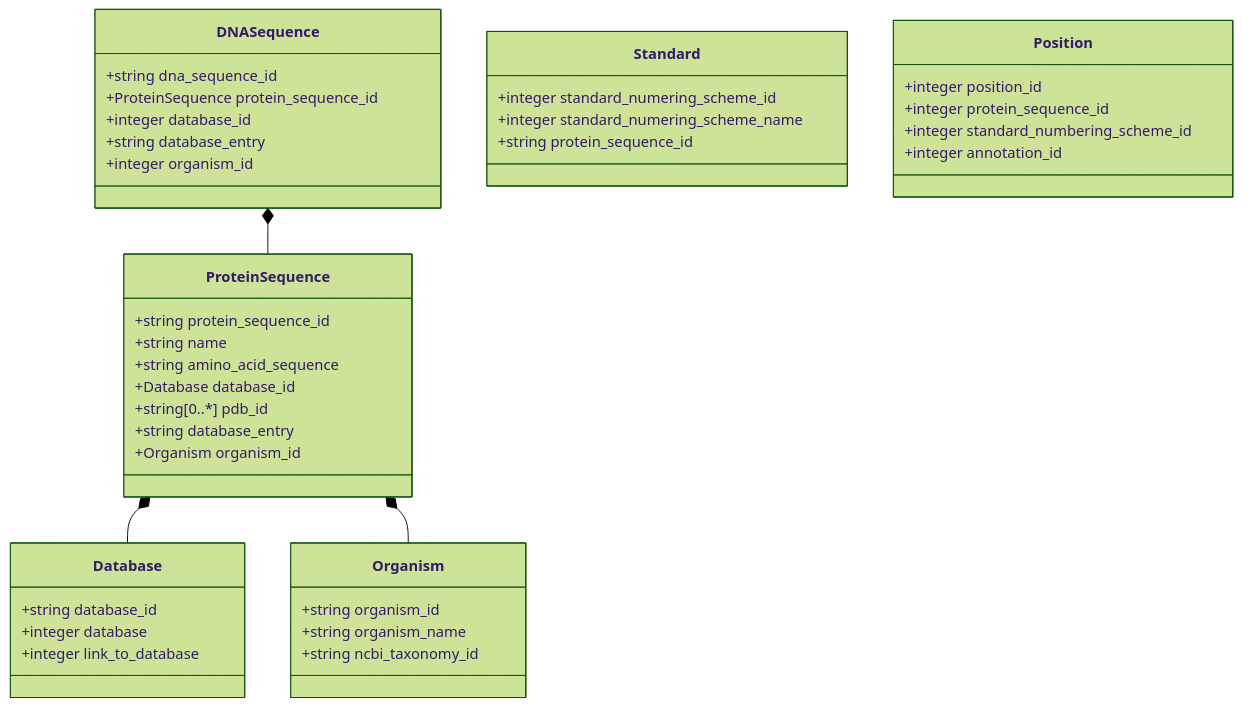
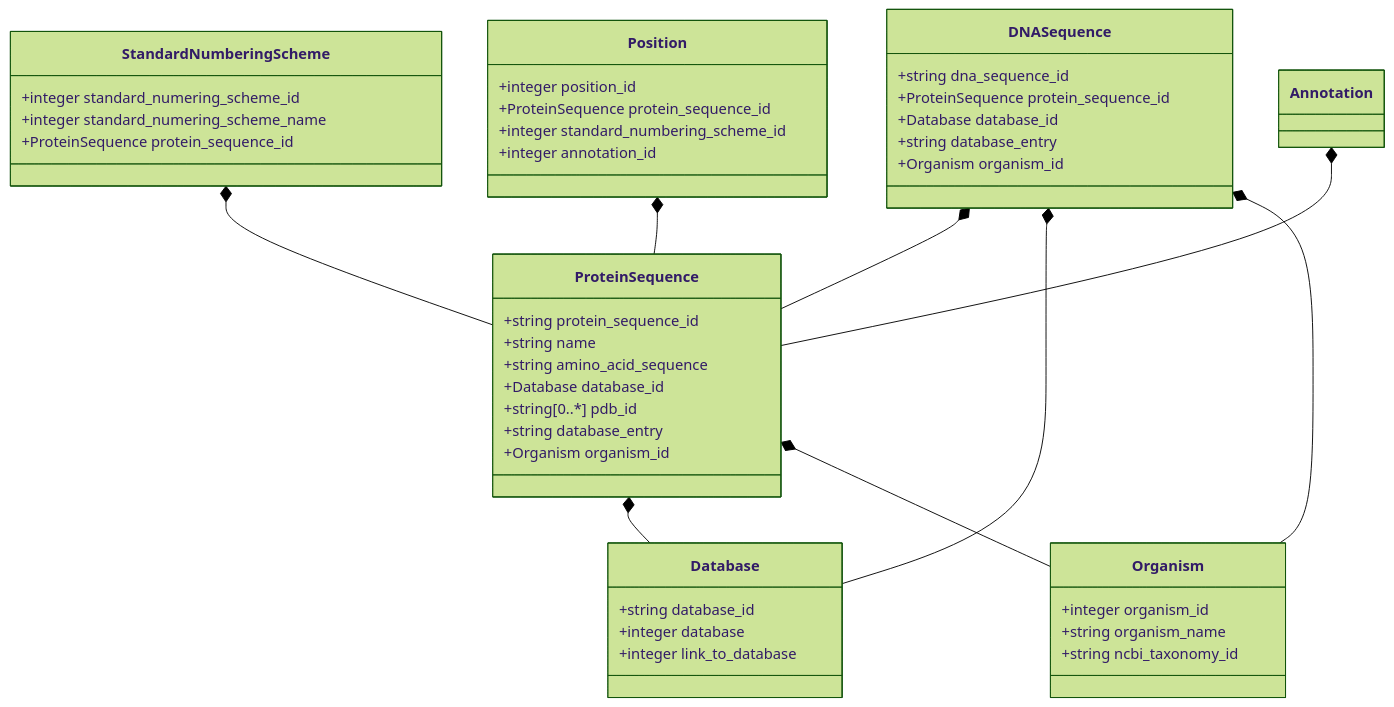
Before and after one commit to maxim945/PyEED-Fullprototype: the diagram in Database/schemes/-.md, drawn with Mermaid (forest theme). The commit also changed 7 other files, not shown here.

````diff
--- a/Database/schemes/-.md
+++ b/Database/schemes/-.md
@@ -1,50 +1,55 @@
 ```mermaid
 classDiagram
     ProteinSequence *-- Database
     ProteinSequence *-- Organism
     DNASequence *-- ProteinSequence
+    DNASequence *-- Database
+    DNASequence *-- Organism
+    StandardNumberingScheme *-- ProteinSequence
+    Position *-- ProteinSequence
+    Annotation *-- ProteinSequence
     
     class ProteinSequence {
         +string protein_sequence_id
         +string name
         +string amino_acid_sequence
         +Database database_id
         +string[0..*] pdb_id
         +string database_entry
         +Organism organism_id
     }
     
     class DNASequence {
         +string dna_sequence_id
         +ProteinSequence protein_sequence_id
-        +integer database_id
+        +Database database_id
         +string database_entry
-        +integer organism_id
+        +Organism organism_id
     }
     
     class Organism {
-        +string organism_id
+        +integer organism_id
         +string organism_name
         +string ncbi_taxonomy_id
     }
     
     class Database {
         +string database_id
         +integer database
         +integer link_to_database
     }
     
-    class Standard {
+    class StandardNumberingScheme {
         +integer standard_numering_scheme_id
         +integer standard_numering_scheme_name
-        +string protein_sequence_id
+        +ProteinSequence protein_sequence_id
     }
     
     class Position {
         +integer position_id
-        +integer protein_sequence_id
+        +ProteinSequence protein_sequence_id
         +integer standard_numbering_scheme_id
         +integer annotation_id
     }
     
 ```
````
